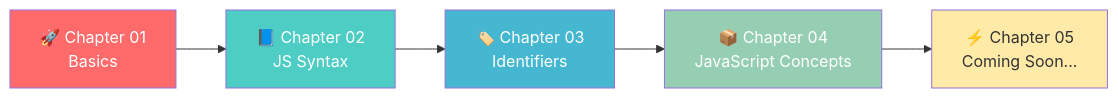
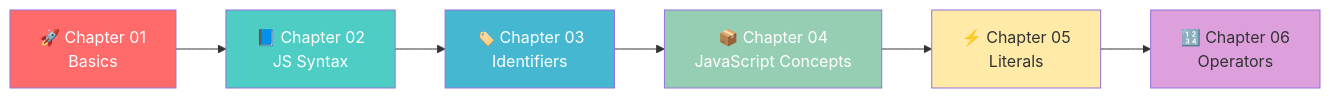
Before and after one commit to ashwinihedau/PlaywrightWithAI: the first of 5 diagrams in README.md, drawn with Mermaid. The commit also changed other lines of this file and 31 other files, not shown here.

First line of the commit message:
Add Chapter 04–06: JS Concepts, Literals, and Operators

````diff
--- a/README.md
+++ b/README.md
@@ -24,13 +24,15 @@
 ```mermaid
 graph LR
     A[🚀 Chapter 01<br/>Basics] --> B[📘 Chapter 02<br/>JS Syntax]
     B --> C[🏷️ Chapter 03<br/>Identifiers]
     C --> D[📦 Chapter 04<br/>JavaScript Concepts]
-    D --> E[⚡ Chapter 05<br/>Coming Soon...]
+    D --> E[⚡ Chapter 05<br/>Literals]
+    E --> F[🔢 Chapter 06<br/>Operators]
 
     style A fill:#FF6B6B,color:#fff
     style B fill:#4ECDC4,color:#fff
     style C fill:#45B7D1,color:#fff
     style D fill:#96CEB4,color:#fff
     style E fill:#FFEAA7,color:#333
+    style F fill:#DDA0DD,color:#333
 ```
````
